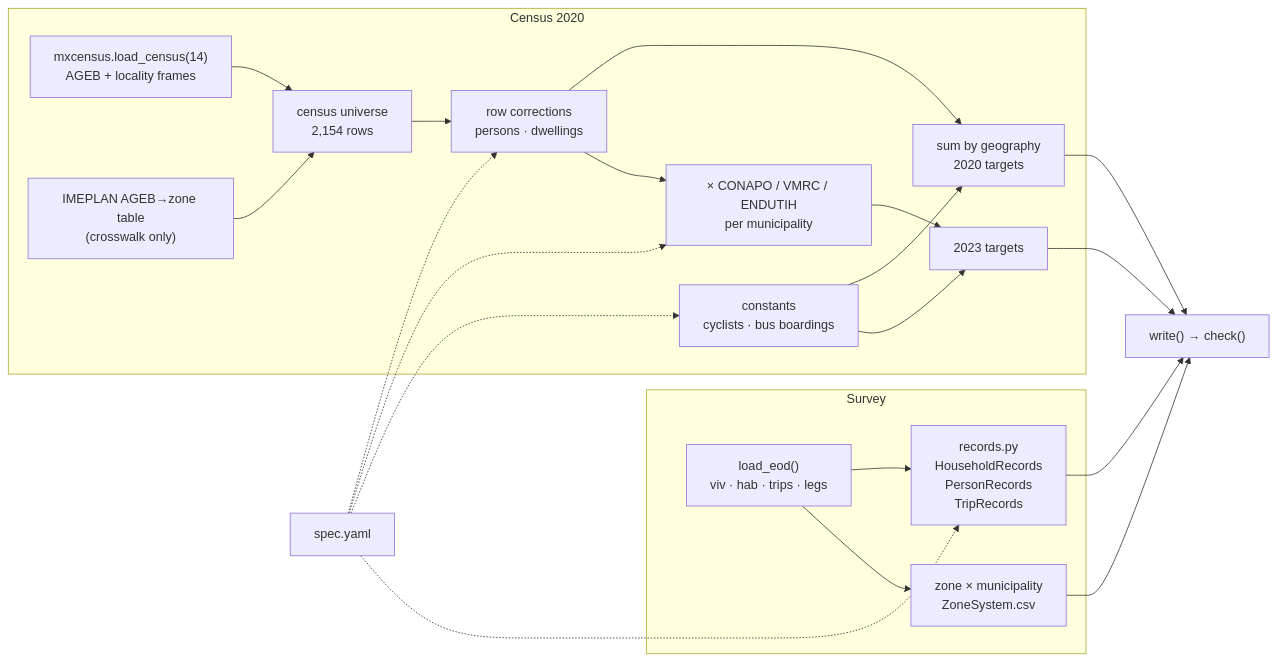
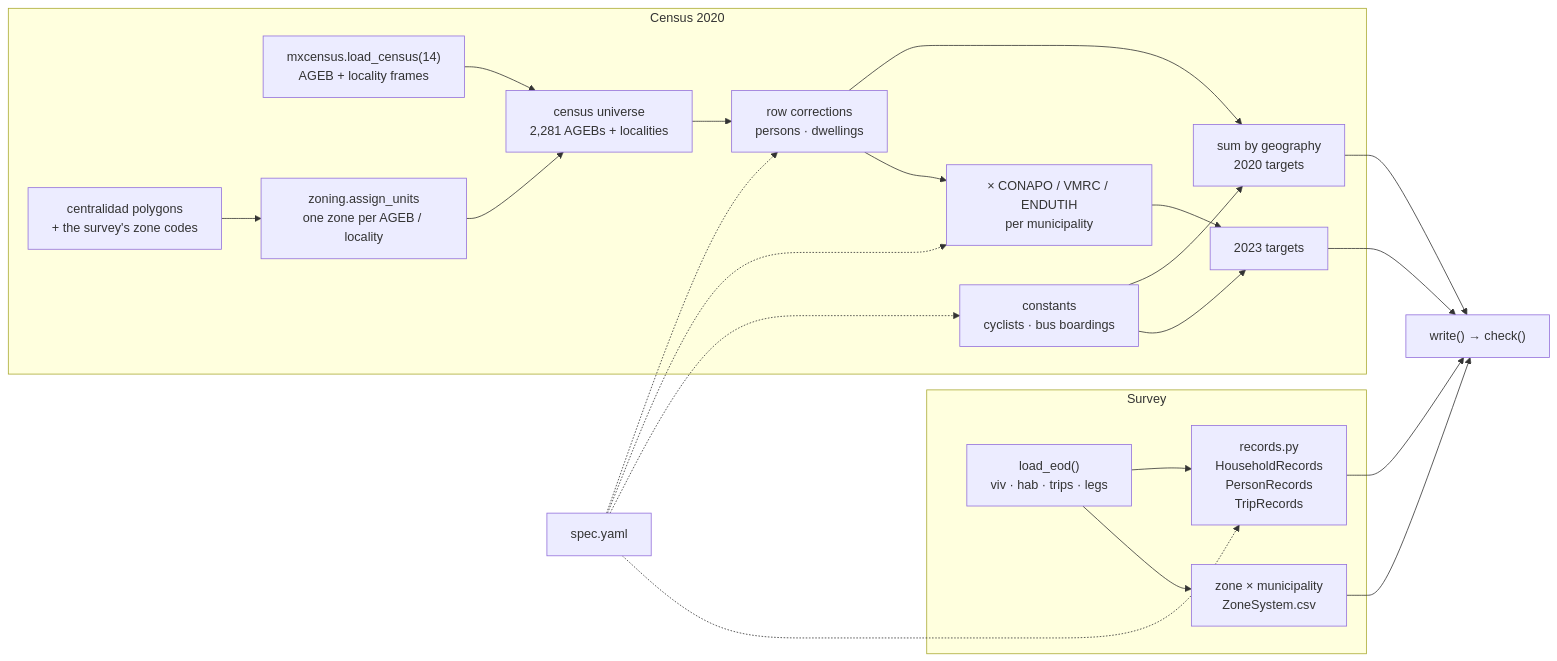
One commit to CentroFuturoCiudades/eodgdl changed the diagram in reports/reweight_inputs.qmd. Above: the diagram before and after it, drawn with Mermaid. The commit also changed other lines of this file and 8 other files, not shown here.

````diff
--- a/reports/reweight_inputs.qmd
+++ b/reports/reweight_inputs.qmd
@@ -157,19 +157,19 @@
 ```{mermaid}
 %%| label: fig-flow
 %%| fig-cap: "The build. Survey tables become records (left); census rows become targets (right). The spec is the only place any definition lives."
 flowchart LR
   subgraph survey [Survey]
     A["load_eod()<br/>viv · hab · trips · legs"] --> R["records.py<br/>HouseholdRecords<br/>PersonRecords<br/>TripRecords"]
     A --> Z["zone × municipality<br/>ZoneSystem.csv"]
   end
   subgraph census [Census 2020]
-    C["mxcensus.load_census(14)<br/>AGEB + locality frames"] --> U["census universe<br/>2,154 rows"]
-    X["IMEPLAN AGEB→zone table<br/>(crosswalk only)"] --> U
+    C["mxcensus.load_census(14)<br/>AGEB + locality frames"] --> U["census universe<br/>2,281 AGEBs + localities"]
+    X["centralidad polygons<br/>+ the survey's zone codes"] --> Z2["zoning.assign_units<br/>one zone per AGEB / locality"] --> U
     U --> S["row corrections<br/>persons · dwellings"]
     S --> T20["sum by geography<br/>2020 targets"]
     S --> G["× CONAPO / VMRC / ENDUTIH<br/>per municipality"] --> T23["2023 targets"]
     K["constants<br/>cyclists · bus boardings"] --> T20 & T23
   end
   Y["spec.yaml"] -.-> R & S & G & K
   R & Z & T20 & T23 --> W["write() → check()"]
 ```
````
